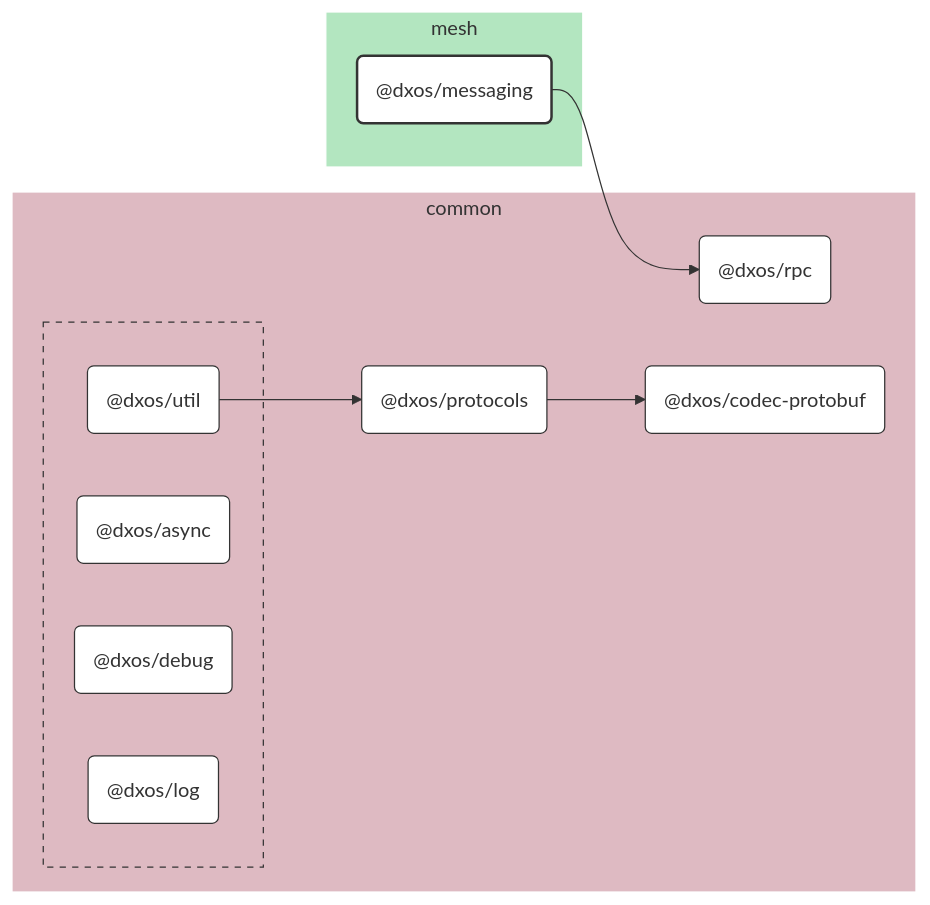
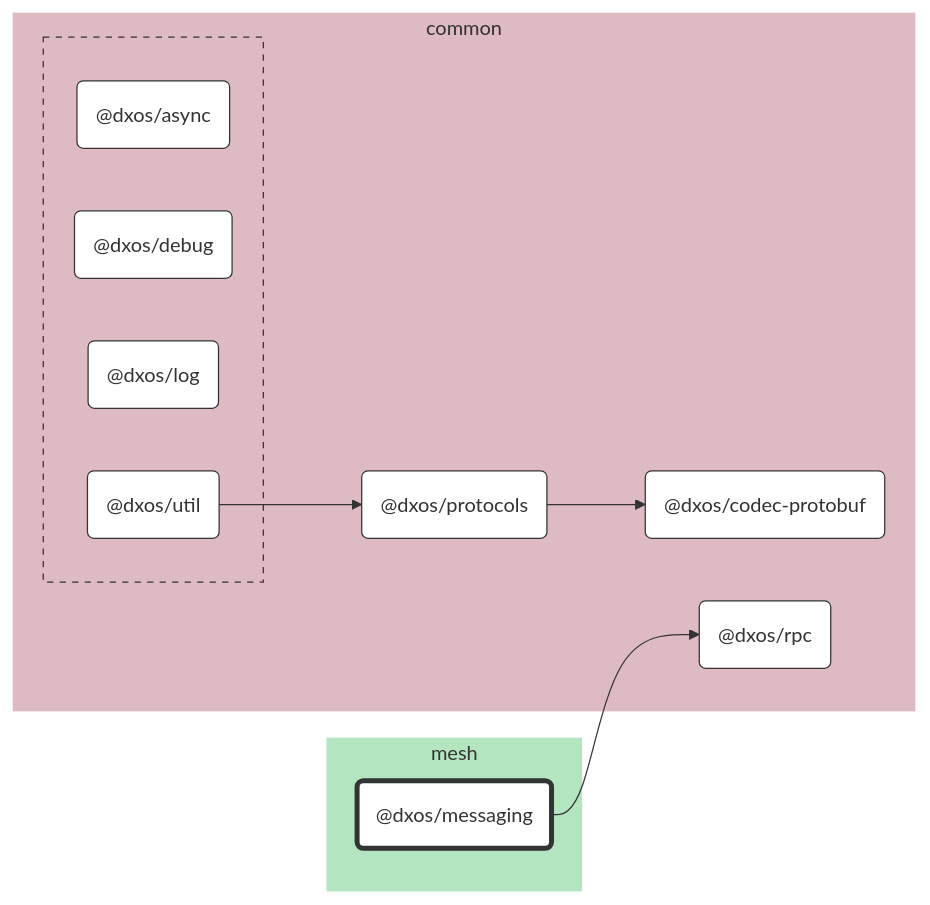
The diagram in packages/mesh/messaging/docs/README.md (dxos/dxos), drawn with Mermaid before and after one commit. The commit also changed 104 other files, not shown here.

````diff
--- a/packages/mesh/messaging/docs/README.md
+++ b/packages/mesh/messaging/docs/README.md
@@ -7,59 +7,45 @@
 ```mermaid
 %%{ init: {'flowchart':{'curve':'basis'}} }%%
 
 flowchart LR
 
-%% Links
-dxos/messaging --> dxos/rpc;
-dxos/protocols --> dxos/codec-protobuf;
-dxos/util --> dxos/protocols;
+%% Classes
+classDef def fill:#fff,stroke:#333,stroke-width:1px
+classDef root fill:#fff,stroke:#333,stroke-width:4px
 
-%% Sections
-subgraph mesh
-  style mesh fill:#b3e6c0,stroke:#fff;
+%% Nodes
 
-  dxos/messaging("@dxos/messaging")
+subgraph mesh [mesh]
+  style mesh fill:#b3e6c0,stroke:#fff
+  dxos/messaging("@dxos/messaging"):::root
+  click dxos/messaging "dxos/dxos/tree/main/packages/mesh/messaging/docs"
 end
 
-subgraph common
-  style common fill:#debac2,stroke:#fff;
-
-  dxos/codec-protobuf("@dxos/codec-protobuf")
-  dxos/protocols("@dxos/protocols")
-  dxos/rpc("@dxos/rpc")
+subgraph common [common]
+  style common fill:#debac2,stroke:#fff
+  dxos/codec-protobuf("@dxos/codec-protobuf"):::def
+  click dxos/codec-protobuf "dxos/dxos/tree/main/packages/common/codec-protobuf/docs"
+  dxos/protocols("@dxos/protocols"):::def
+  click dxos/protocols "dxos/dxos/tree/main/packages/common/protocols/docs"
+  dxos/rpc("@dxos/rpc"):::def
+  click dxos/rpc "dxos/dxos/tree/main/packages/common/rpc/docs"
 
   subgraph common-excluded [ ]
-    style common-excluded fill:#debac2,stroke:#333,stroke-dasharray:5 5;
-
-    dxos/async("@dxos/async")
-    dxos/debug("@dxos/debug")
-    dxos/log("@dxos/log")
-    dxos/util("@dxos/util")
+    style common-excluded fill:#debac2,stroke:#333,stroke-dasharray:5 5
+    dxos/async("@dxos/async"):::def
+    click dxos/async "dxos/dxos/tree/main/packages/common/async/docs"
+    dxos/debug("@dxos/debug"):::def
+    click dxos/debug "dxos/dxos/tree/main/packages/common/debug/docs"
+    dxos/log("@dxos/log"):::def
+    click dxos/log "dxos/dxos/tree/main/packages/common/log/docs"
+    dxos/util("@dxos/util"):::def
+    click dxos/util "dxos/dxos/tree/main/packages/common/util/docs"
   end
 end
 
-
-%% Hyperlinks
-click dxos/async "dxos/dxos/tree/main/packages/common/async/docs";
-click dxos/codec-protobuf "dxos/dxos/tree/main/packages/common/codec-protobuf/docs";
-click dxos/debug "dxos/dxos/tree/main/packages/common/debug/docs";
-click dxos/log "dxos/dxos/tree/main/packages/common/log/docs";
-click dxos/protocols "dxos/dxos/tree/main/packages/common/protocols/docs";
-click dxos/rpc "dxos/dxos/tree/main/packages/common/rpc/docs";
-click dxos/util "dxos/dxos/tree/main/packages/common/util/docs";
-
-%% Styles
-classDef rootNode fill:#fff,stroke:#333,stroke-width:2px
-classDef defaultNode fill:#fff,stroke:#333,stroke-width:1px
+%% Links
 linkStyle default stroke:#333,stroke-width:1px
-
-dxos/messaging:::rootNode
-
-dxos/async:::defaultNode
-dxos/codec-protobuf:::defaultNode
-dxos/debug:::defaultNode
-dxos/log:::defaultNode
-dxos/protocols:::defaultNode
-dxos/rpc:::defaultNode
-dxos/util:::defaultNode
+dxos/protocols --> dxos/codec-protobuf
+dxos/messaging --> dxos/rpc
+dxos/util --> dxos/protocols
 ```
````
